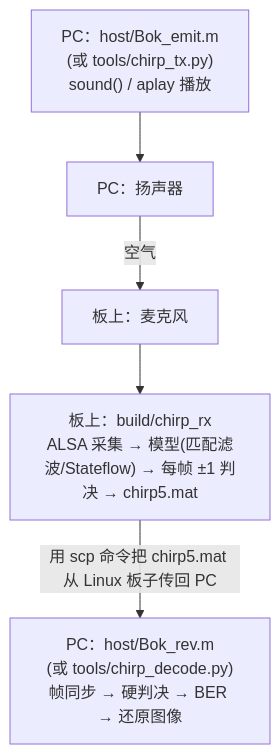
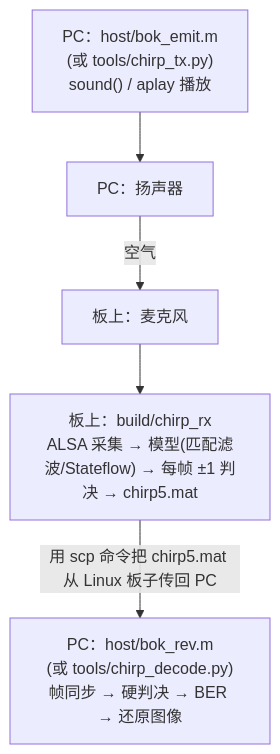
The second of 2 diagrams in documents/实验二_chirp扩频.md (padhialuo0426/portable-acoustic-sdr), drawn with Mermaid before and after one commit. The commit also changed other lines of this file and 10 other files, not shown here.

````diff
--- a/documents/实验二_chirp扩频.md
+++ b/documents/实验二_chirp扩频.md
@@ -32,11 +32,11 @@
 ```mermaid
 flowchart TD
-    emit["PC：host/Bok_emit.m<br/>(或 tools/chirp_tx.py)<br/>sound() / aplay 播放"]
+    emit["PC：host/bok_emit.m<br/>(或 tools/chirp_tx.py)<br/>sound() / aplay 播放"]
     spk["PC：扬声器"]
     mic["板上：麦克风"]
     rx["板上：build/chirp_rx<br/>ALSA 采集 → 模型(匹配滤波/Stateflow) → 每帧 ±1 判决 → chirp5.mat"]
-    dec["PC：host/Bok_rev.m<br/>(或 tools/chirp_decode.py)<br/>帧同步 → 硬判决 → BER → 还原图像"]
+    dec["PC：host/bok_rev.m<br/>(或 tools/chirp_decode.py)<br/>帧同步 → 硬判决 → BER → 还原图像"]
 
     emit --> spk -->|"空气"| mic --> rx
     rx -->|"用 scp 命令把 chirp5.mat 从 Linux 板子传回 PC"| dec
 ```
````
